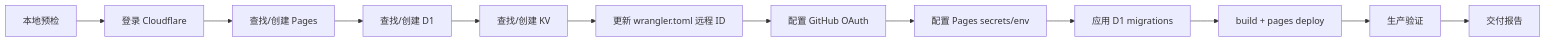
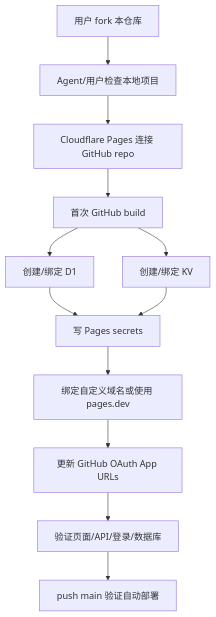
Before and after one commit to yangliguo7/gitstars-next: the diagram in DEPLOYMENT.md, drawn with Mermaid. The commit also changed other lines of this file and 2 other files, not shown here.

Commit message:
Document GitHub-connected Cloudflare deployment

````diff
--- a/DEPLOYMENT.md
+++ b/DEPLOYMENT.md
@@ -333,14 +38,14 @@
 ```mermaid
-flowchart LR
-  A[本地预检] --> B[登录 Cloudflare]
-  B --> C[查找/创建 Pages]
-  C --> D[查找/创建 D1]
-  D --> E[查找/创建 KV]
-  E --> F[更新 wrangler.toml 远程 ID]
-  F --> G[配置 GitHub OAuth]
-  G --> H[配置 Pages secrets/env]
-  H --> I[应用 D1 migrations]
-  I --> J[build + pages deploy]
-  J --> K[生产验证]
-  K --> L[交付报告]
+flowchart TD
+  A[用户 fork 本仓库] --> B[Agent/用户检查本地项目]
+  B --> C[Cloudflare Pages 连接 GitHub repo]
+  C --> D[首次 GitHub build]
+  D --> E[创建/绑定 D1]
+  D --> F[创建/绑定 KV]
+  E --> G[写 Pages secrets]
+  F --> G
+  G --> H[绑定自定义域名或使用 pages.dev]
+  H --> I[更新 GitHub OAuth App URLs]
+  I --> J[验证页面/API/登录/数据库]
+  J --> K[push main 验证自动部署]
 ```
````
